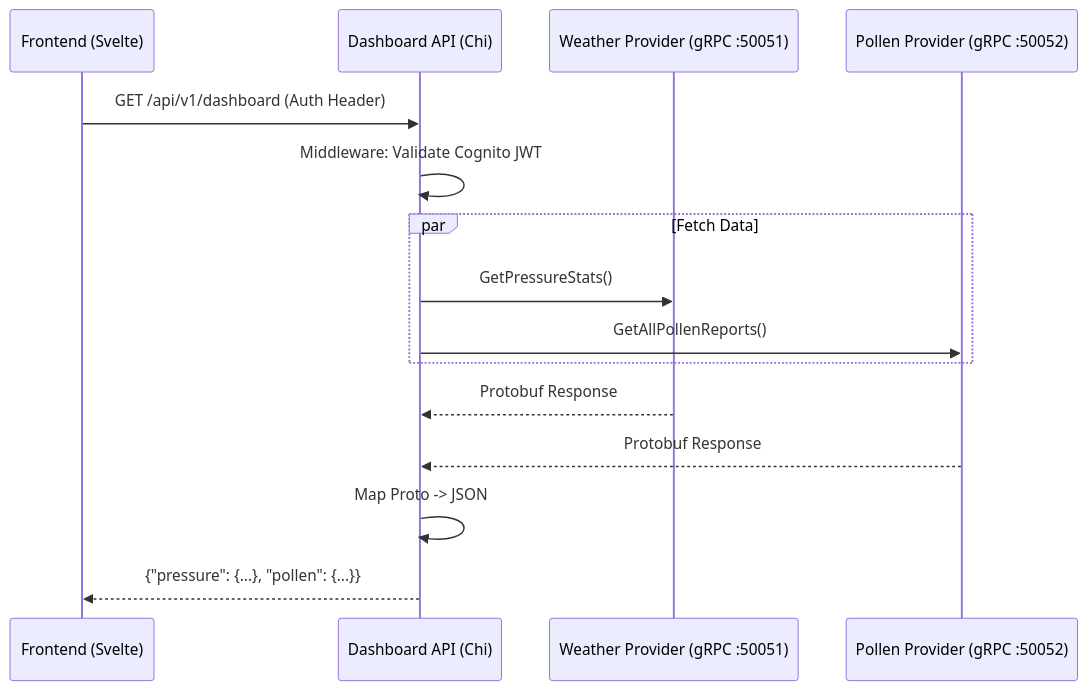
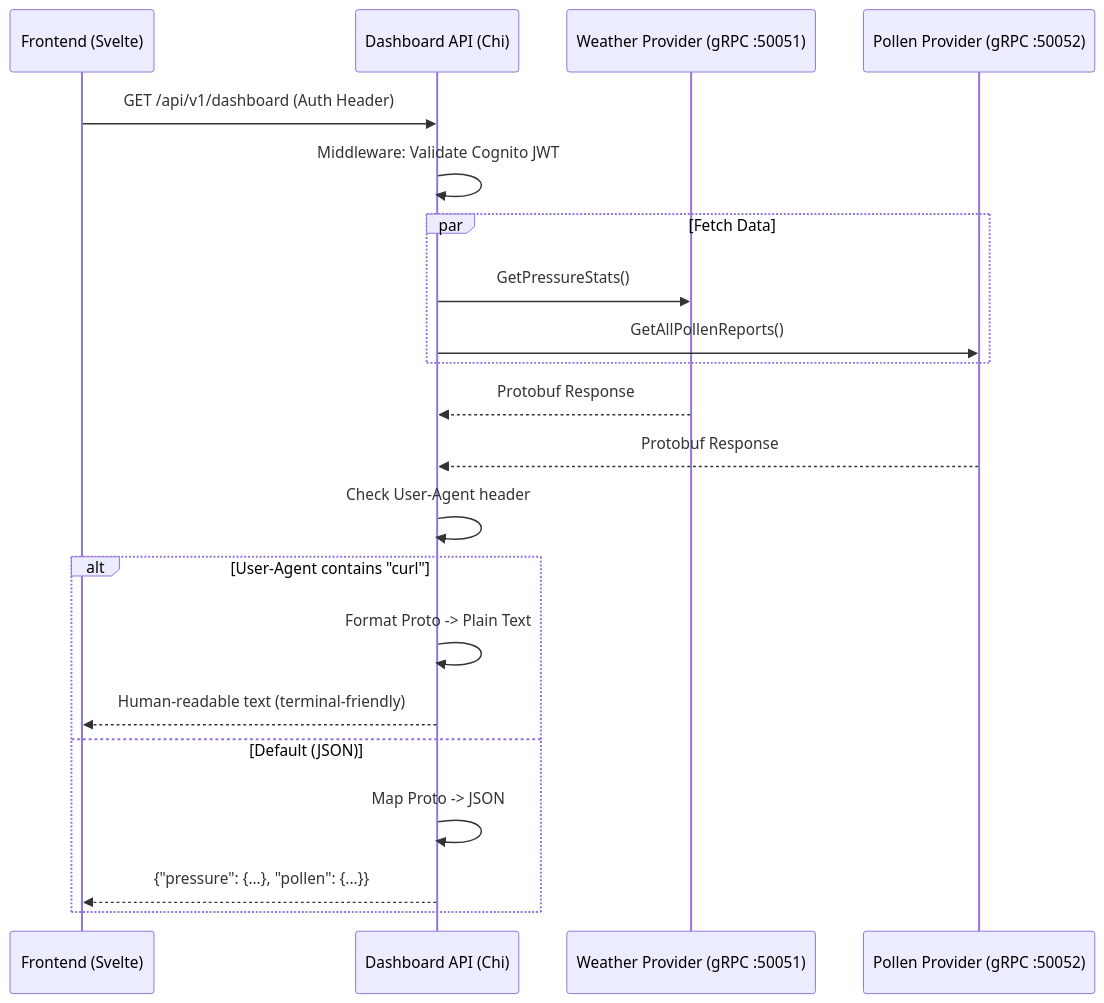
Before and after one commit to nickfang/personal-dashboard: the diagram in docs/ARCHITECTURE_SERVICE_DASHBOARD_API.md, drawn with Mermaid. The commit also changed other lines of this file and 2 other files, not shown here.

````diff
--- a/docs/ARCHITECTURE_SERVICE_DASHBOARD_API.md
+++ b/docs/ARCHITECTURE_SERVICE_DASHBOARD_API.md
@@ -23,21 +24,28 @@
 ```mermaid
 sequenceDiagram
     participant FE as Frontend (Svelte)
     participant API as Dashboard API (Chi)
     participant WP as Weather Provider (gRPC :50051)
     participant PP as Pollen Provider (gRPC :50052)
 
     FE->>API: GET /api/v1/dashboard (Auth Header)
     API->>API: Middleware: Validate Cognito JWT
 
     par Fetch Data
         API->>WP: GetPressureStats()
         API->>PP: GetAllPollenReports()
     end
 
     WP-->>API: Protobuf Response
     PP-->>API: Protobuf Response
 
-    API->>API: Map Proto -> JSON
-    API-->>FE: {"pressure": {...}, "pollen": {...}}
+    API->>API: Check User-Agent header
+
+    alt User-Agent contains "curl"
+        API->>API: Format Proto -> Plain Text
+        API-->>FE: Human-readable text (terminal-friendly)
+    else Default (JSON)
+        API->>API: Map Proto -> JSON
+        API-->>FE: {"pressure": {...}, "pollen": {...}}
+    end
 ```
````
